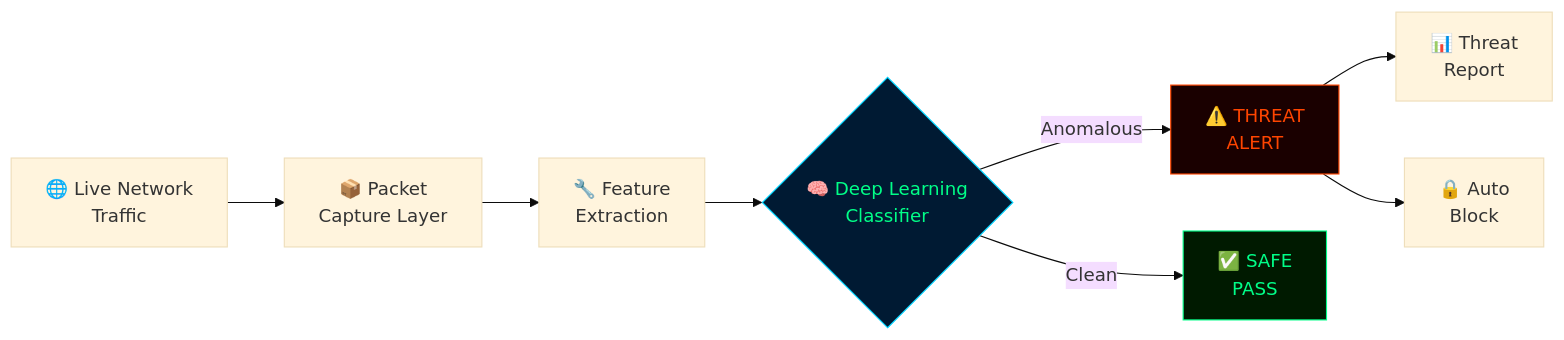
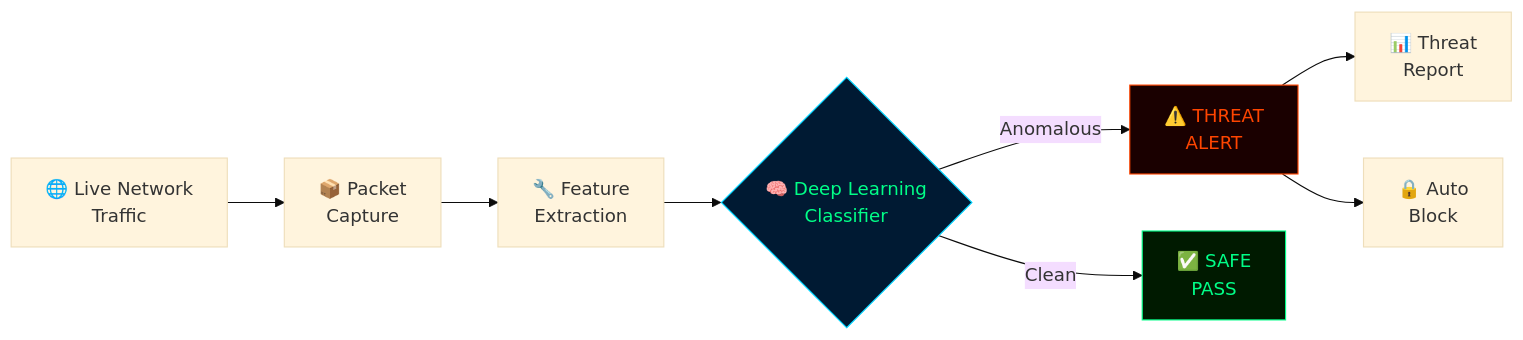
Before and after one commit to LuthandoCandlovu/LuthandoCandlovu: the third of 7 diagrams in README.md, drawn with Mermaid (base theme). The commit also changed other lines of this file, not shown here.

````diff
--- a/README.md
+++ b/README.md
@@ -271,14 +249,14 @@
 ```mermaid
 flowchart LR
-    A[🌐 Live Network\nTraffic] --> B[📦 Packet\nCapture Layer]
+    A[🌐 Live Network\nTraffic] --> B[📦 Packet\nCapture]
     B --> C[🔧 Feature\nExtraction]
     C --> D{🧠 Deep Learning\nClassifier}
     D -->|Anomalous| E[⚠️ THREAT\nALERT]
     D -->|Clean| F[✅ SAFE\nPASS]
     E --> G[📊 Threat\nReport]
     E --> H[🔒 Auto\nBlock]
 
     style D fill:#001a33,stroke:#00D4FF,color:#00FF88
     style E fill:#1a0000,stroke:#FF4500,color:#FF4500
     style F fill:#001a00,stroke:#00FF88,color:#00FF88
 ```
````
